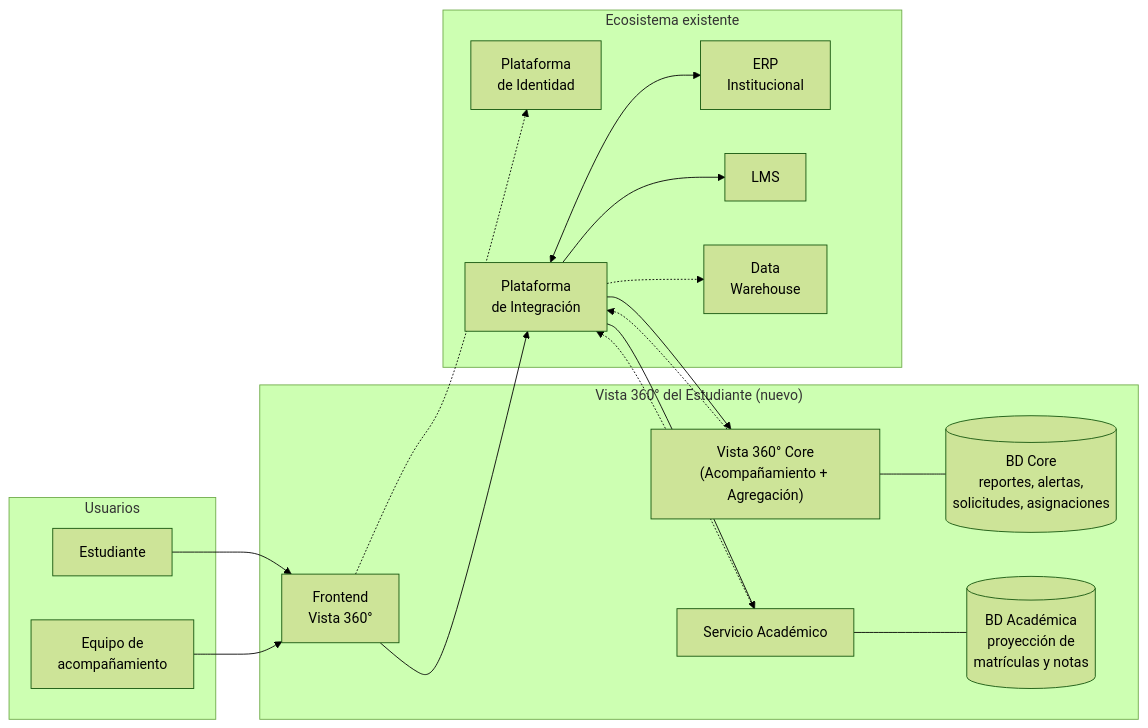
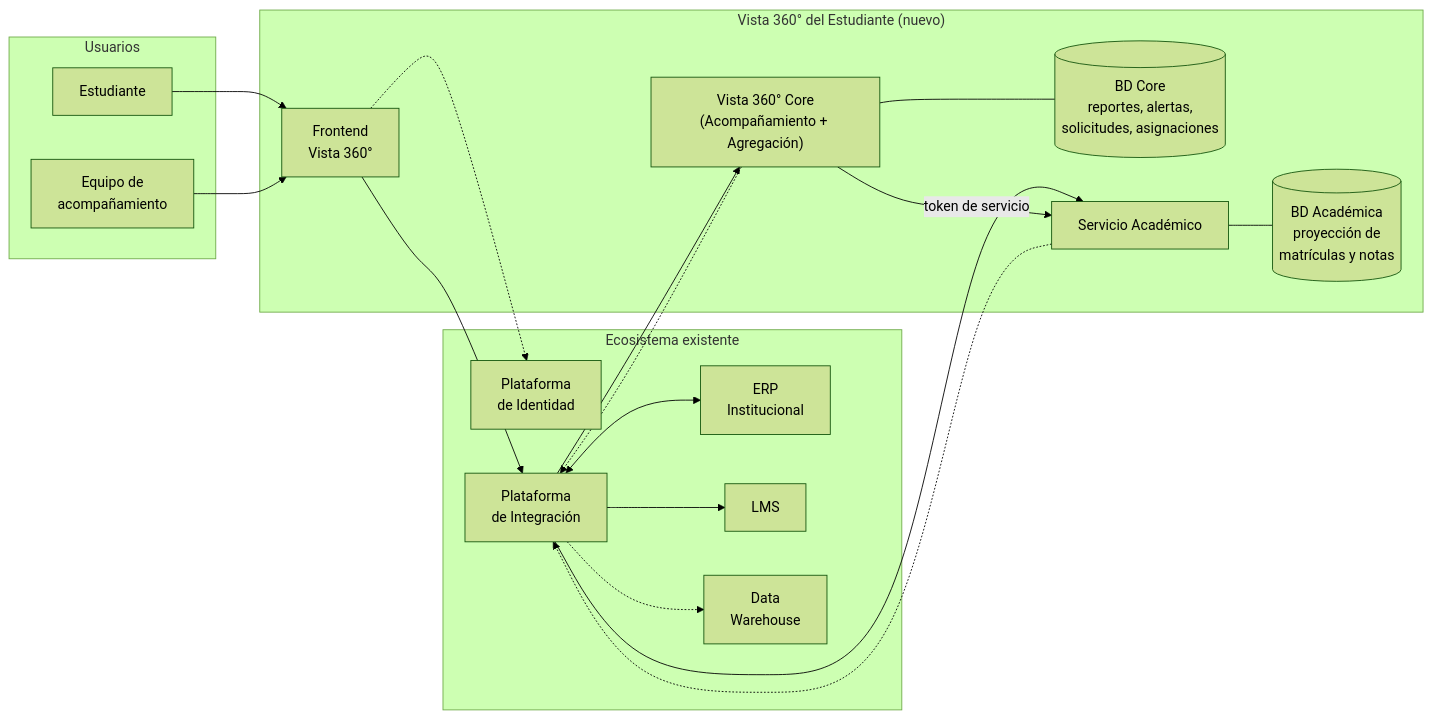
The first of 3 diagrams in docs/01-arquitectura.md (Juanpapb0401/Vista-360), drawn with Mermaid (forest theme) before and after one commit. The commit also changed other lines of this file and 2 other files, not shown here.

First line of the commit message:
docs(arquitectura): mostrar la llamada directa de Core al Servicio Académico

````diff
--- a/docs/01-arquitectura.md
+++ b/docs/01-arquitectura.md
@@ -18,37 +18,38 @@
 ```mermaid
 flowchart LR
     subgraph USR["Usuarios"]
         EST["Estudiante"]
         ACOMP["Equipo de<br>acompañamiento"]
     end
 
     subgraph V360["Vista 360° del Estudiante (nuevo)"]
         FE["Frontend<br>Vista 360°"]
         CORE["Vista 360° Core<br>(Acompañamiento + Agregación)"]
         BDCORE[("BD Core<br>reportes, alertas,<br>solicitudes, asignaciones")]
         ACAD["Servicio Académico"]
         BDACAD[("BD Académica<br>proyección de<br>matrículas y notas")]
     end
 
     subgraph ECO["Ecosistema existente"]
         ID["Plataforma<br>de Identidad"]
         INT["Plataforma<br>de Integración"]
         ERP["ERP<br>Institucional"]
         LMS["LMS"]
         DWH["Data<br>Warehouse"]
     end
 
     EST --> FE
     ACOMP --> FE
     FE -.-> ID
     FE --> INT
     INT --> CORE
     INT --> ACAD
+    CORE -->|"token de servicio"| ACAD
     CORE --- BDCORE
     ACAD --- BDACAD
     INT <--> ERP
     INT --> LMS
     CORE -.-> INT
     ACAD -.-> INT
     INT -.-> DWH
 ```
````
